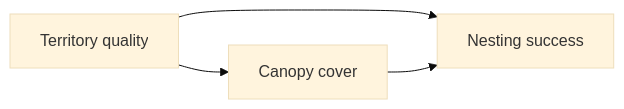
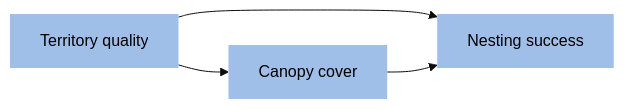
Before and after one commit to jpkelley/ZOO5500: the sixth of 8 diagrams in chapters/05_02_building_dags.qmd, drawn with Mermaid (base theme). The commit also changed other lines of this file and 36 other files, not shown here.

````diff
--- a/chapters/05_02_building_dags.qmd
+++ b/chapters/05_02_building_dags.qmd
@@ -287,7 +309,8 @@
 ```{mermaid}
 flowchart LR
-  U[Territory quality] --> X[Canopy cover]
-  U --> Y[Nesting success]
+  U[Territory quality]:::node --> X[Canopy cover]:::node
+  U --> Y[Nesting success]:::node
   X --> Y
-  
+
+  classDef node fill:#9fbfe8,color:#000,stroke-width:0px;
 ```
````
